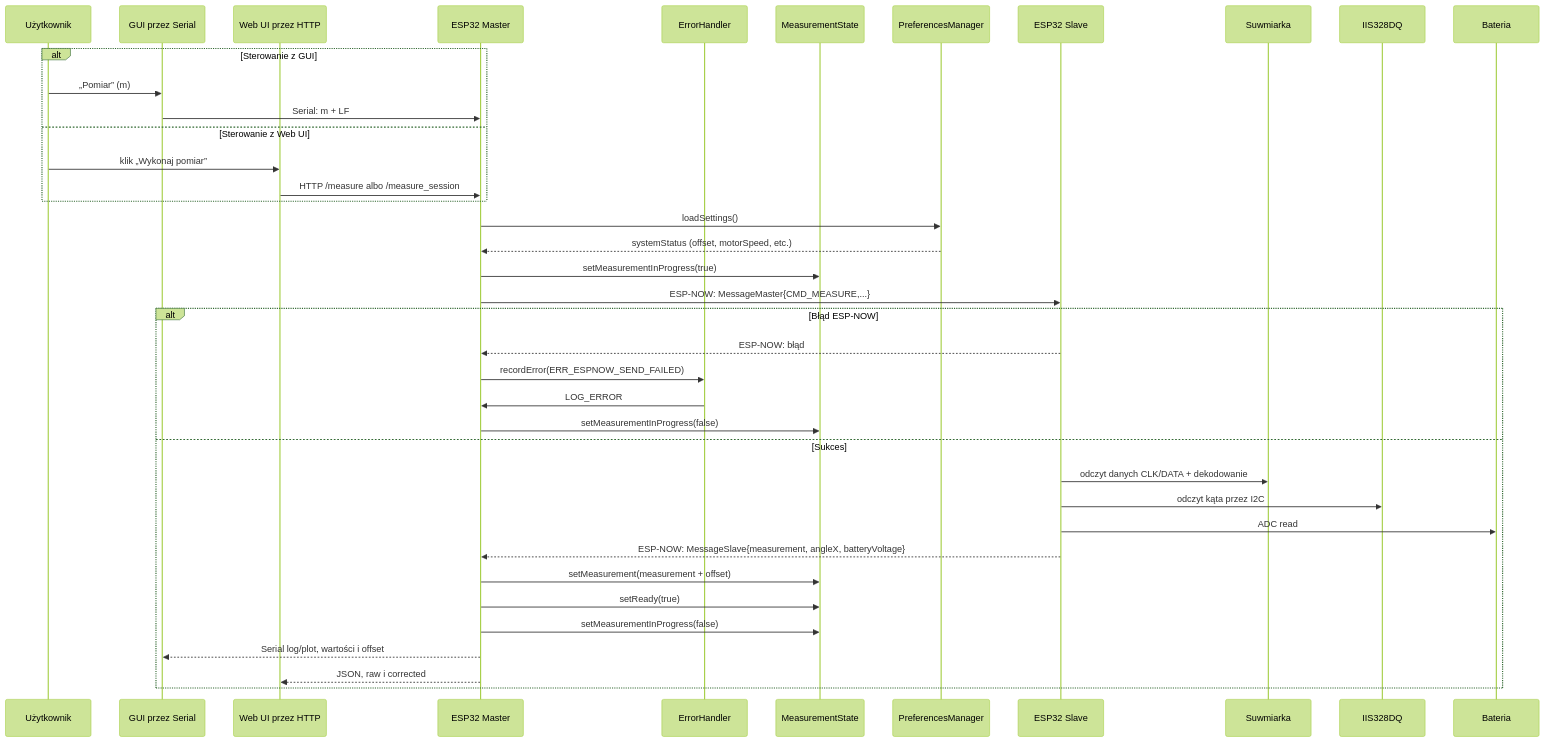
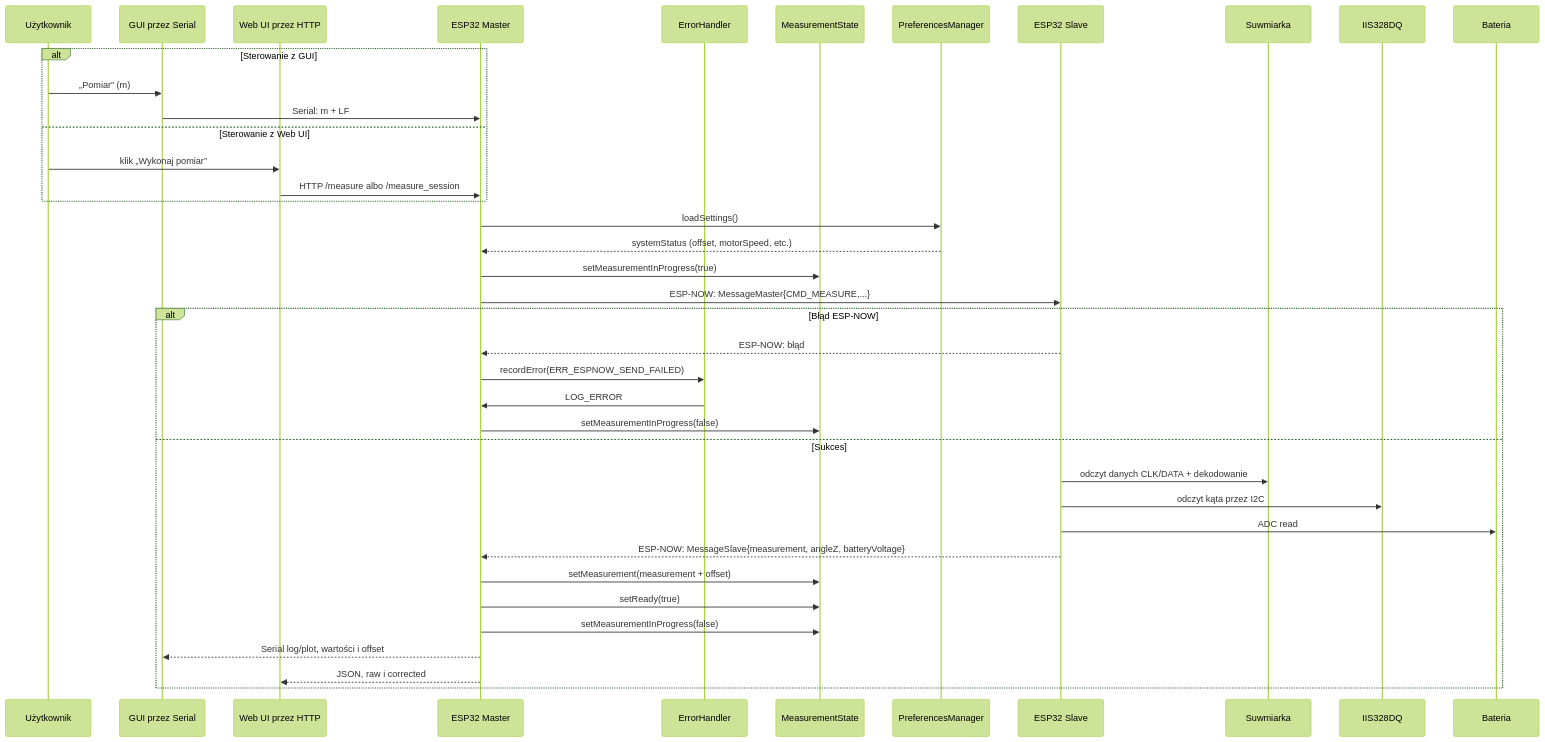
Before and after one commit to ciupakt/caliper: the second of 3 diagrams in README.md, drawn with Mermaid (forest theme). The commit also changed other lines of this file and 9 other files, not shown here.

````diff
--- a/README.md
+++ b/README.md
@@ -124,47 +124,47 @@
 ```mermaid
 sequenceDiagram
     participant U as Użytkownik
     participant GUI as GUI przez Serial
     participant WEB as Web UI przez HTTP
     participant M as ESP32 Master
     participant EH as ErrorHandler
     participant MS as MeasurementState
     participant PM as PreferencesManager
     participant S as ESP32 Slave
     participant CAL as Suwmiarka
     participant ACC as IIS328DQ
     participant BAT as Bateria
 
     alt Sterowanie z GUI
         U->>GUI: „Pomiar” (m)
         GUI->>M: Serial: m + LF
     else Sterowanie z Web UI
         U->>WEB: klik „Wykonaj pomiar”
         WEB->>M: HTTP /measure albo /measure_session
     end
 
     M->>PM: loadSettings()
     PM-->>M: systemStatus (offset, motorSpeed, etc.)
     
     M->>MS: setMeasurementInProgress(true)
     M->>S: ESP-NOW: MessageMaster{CMD_MEASURE,...}
     
     alt Błąd ESP-NOW
         S-->>M: ESP-NOW: błąd
         M->>EH: recordError(ERR_ESPNOW_SEND_FAILED)
         EH->>M: LOG_ERROR
         M->>MS: setMeasurementInProgress(false)
     else Sukces
         S->>CAL: odczyt danych CLK/DATA + dekodowanie
         S->>ACC: odczyt kąta przez I2C
         S->>BAT: ADC read
-        S-->>M: ESP-NOW: MessageSlave{measurement, angleX, batteryVoltage}
+        S-->>M: ESP-NOW: MessageSlave{measurement, angleZ, batteryVoltage}
         
         M->>MS: setMeasurement(measurement + offset)
         M->>MS: setReady(true)
         M->>MS: setMeasurementInProgress(false)
         
         M-->>GUI: Serial log/plot, wartości i offset
         M-->>WEB: JSON, raw i corrected
     end
 ```
````
